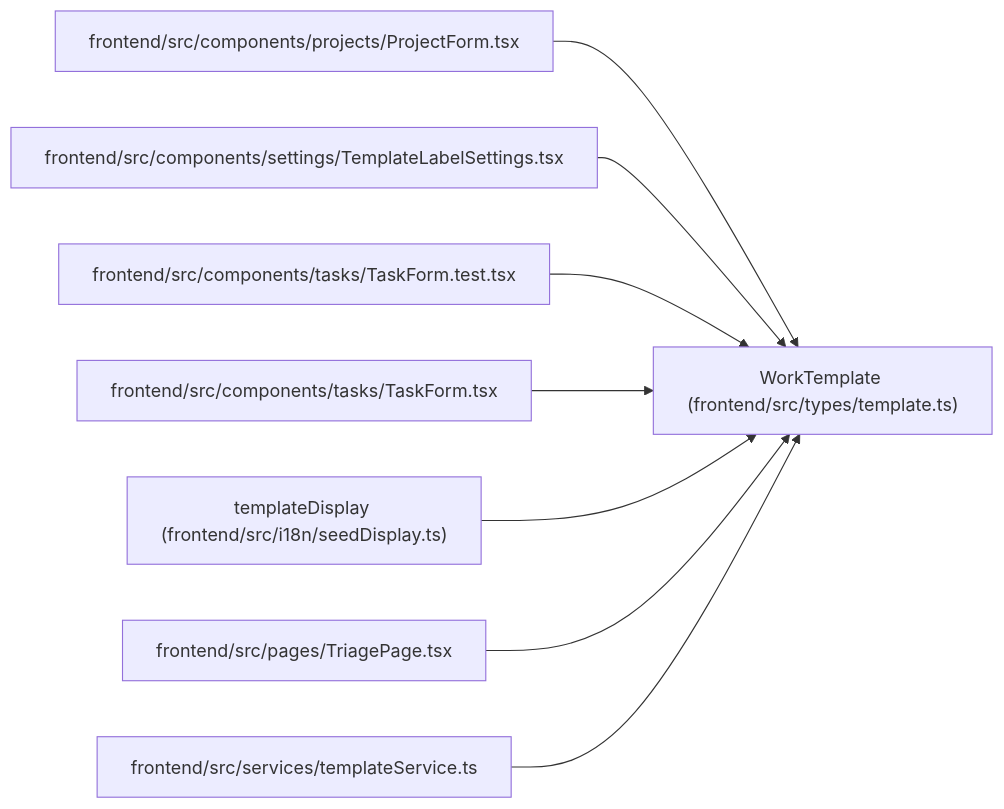
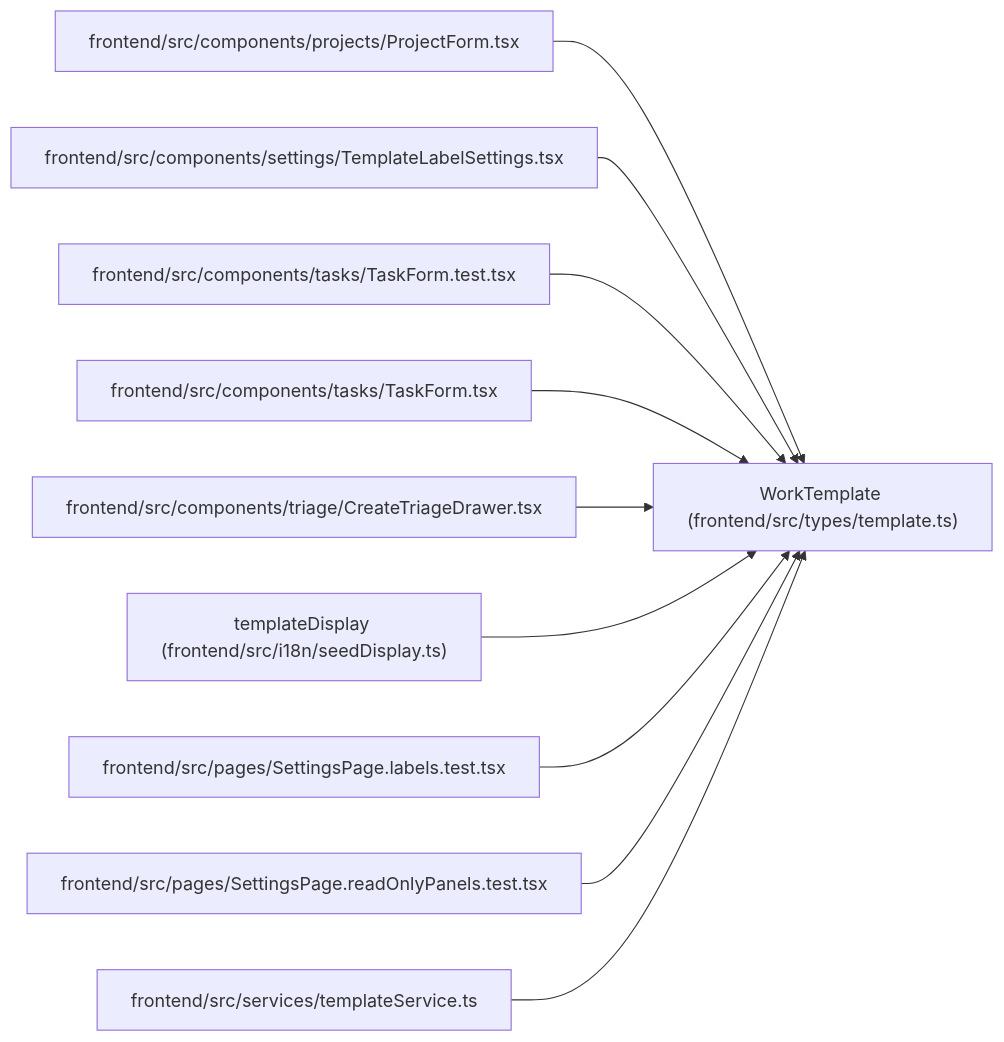
The diagram in docs/llm_wiki/entities/types_template_WorkTemplate.md (Denissvgn/WorkChord), drawn with Mermaid before and after one commit. The commit also changed other lines of this file and 2373 other files, not shown here.

````diff
--- a/docs/llm_wiki/entities/types_template_WorkTemplate.md
+++ b/docs/llm_wiki/entities/types_template_WorkTemplate.md
@@ -40,26 +40,32 @@
 ```mermaid
 flowchart LR
     n0["WorkTemplate (frontend/src/types/template.ts)"]
     n1["frontend/src/components/projects/ProjectForm.tsx"]
     n2["frontend/src/components/settings/TemplateLabelSettings.tsx"]
     n3["frontend/src/components/tasks/TaskForm.test.tsx"]
     n4["frontend/src/components/tasks/TaskForm.tsx"]
-    n5["templateDisplay (frontend/src/i18n/seedDisplay.ts)"]
-    n6["frontend/src/pages/TriagePage.tsx"]
-    n7["frontend/src/services/templateService.ts"]
+    n5["frontend/src/components/triage/CreateTriageDrawer.tsx"]
+    n6["templateDisplay (frontend/src/i18n/seedDisplay.ts)"]
+    n7["frontend/src/pages/SettingsPage.labels.test.tsx"]
+    n8["frontend/src/pages/SettingsPage.readOnlyPanels.test.tsx"]
+    n9["frontend/src/services/templateService.ts"]
     n1 --> n0
     n2 --> n0
     n3 --> n0
     n4 --> n0
     n5 --> n0
     n6 --> n0
     n7 --> n0
+    n8 --> n0
+    n9 --> n0
     click n0 "../modules/types_template.md"
     click n1 "../modules/ProjectForm.md"
     click n2 "../modules/TemplateLabelSettings.md"
     click n3 "../modules/TaskForm.test.md"
     click n4 "../modules/TaskForm.md"
-    click n5 "../modules/seedDisplay.md"
-    click n6 "../modules/TriagePage.md"
-    click n7 "../modules/templateService.md"
+    click n5 "../modules/CreateTriageDrawer.md"
+    click n6 "../modules/seedDisplay.md"
+    click n7 "../modules/SettingsPage.labels.test.md"
+    click n8 "../modules/SettingsPage.readOnlyPanels.test.md"
+    click n9 "../modules/templateService.md"
 ```
````
